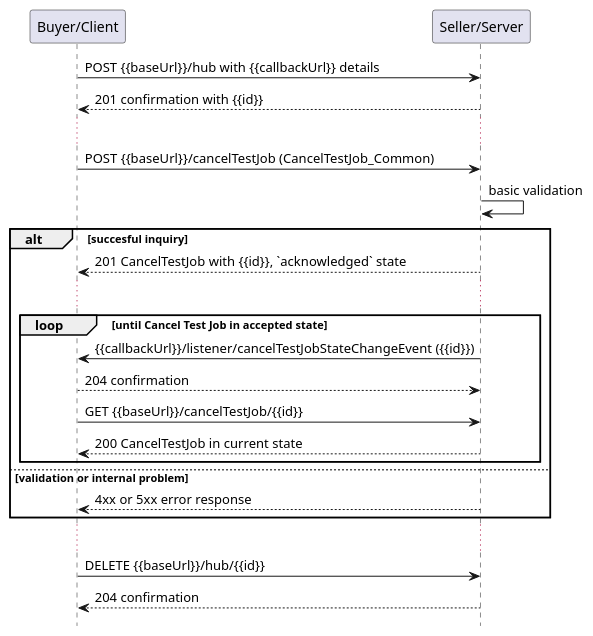
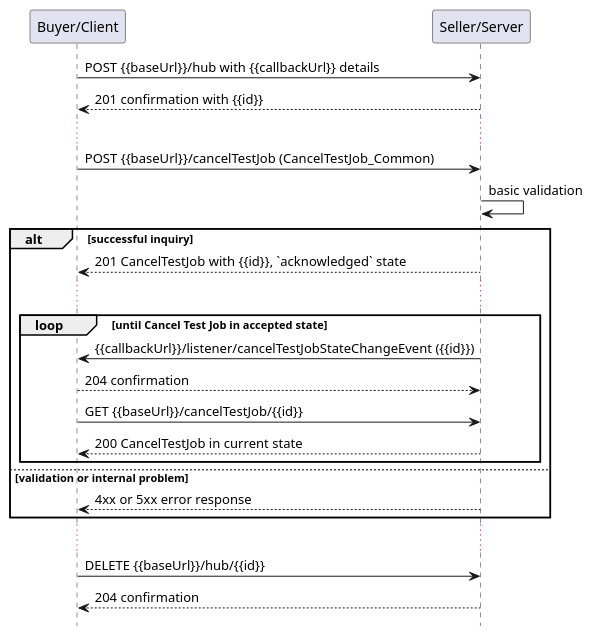
Before and after one commit to MEF-GIT/MEF-LSO-Interlude-SDK: the diagram in documentation/serviceApi/sft/serviceTest/media/src/useCase13Notification.puml, drawn with PlantUML. The commit also changed 446 other files, not shown here.

```diff
--- a/documentation/serviceApi/sft/serviceTest/media/src/useCase13Notification.puml
+++ b/documentation/serviceApi/sft/serviceTest/media/src/useCase13Notification.puml
@@ -1,34 +1,34 @@
 @startuml useCase13Notification
 
 hide footbox
 
 participant "Buyer/Client" as B
 participant "Seller/Server" as S
 
 B -> S: POST {{baseUrl}}/hub with {{callbackUrl}} details
 S --> B: 201 confirmation with {{id}}
 ...
 B -> S: POST {{baseUrl}}/cancelTestJob (CancelTestJob_Common)
 S -> S: basic validation
 
-alt succesful inquiry
+alt successful inquiry
   S --> B: 201 CancelTestJob with {{id}}, `acknowledged` state 
   ...
 
   group loop [until Cancel Test Job in accepted state]
       S -> B: {{callbackUrl}}/listener/cancelTestJobStateChangeEvent ({{id}})
       B --> S: 204 confirmation
       B -> S:   GET {{baseUrl}}/cancelTestJob/{{id}}
       return 200 CancelTestJob in current state
   end
 
 else validation or internal problem
   S --> B : 4xx or 5xx error response
 end 
 
 ...
 
 B -> S : DELETE {{baseUrl}}/hub/{{id}} 
 S --> B : 204 confirmation
 
 @enduml
```
